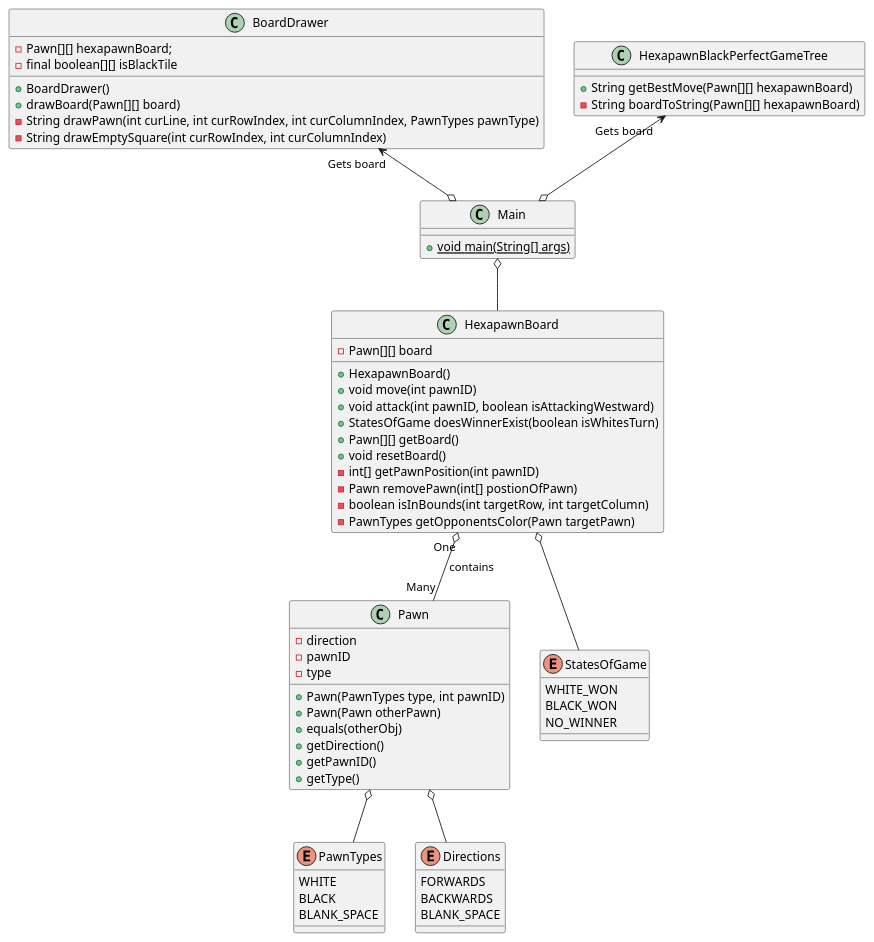
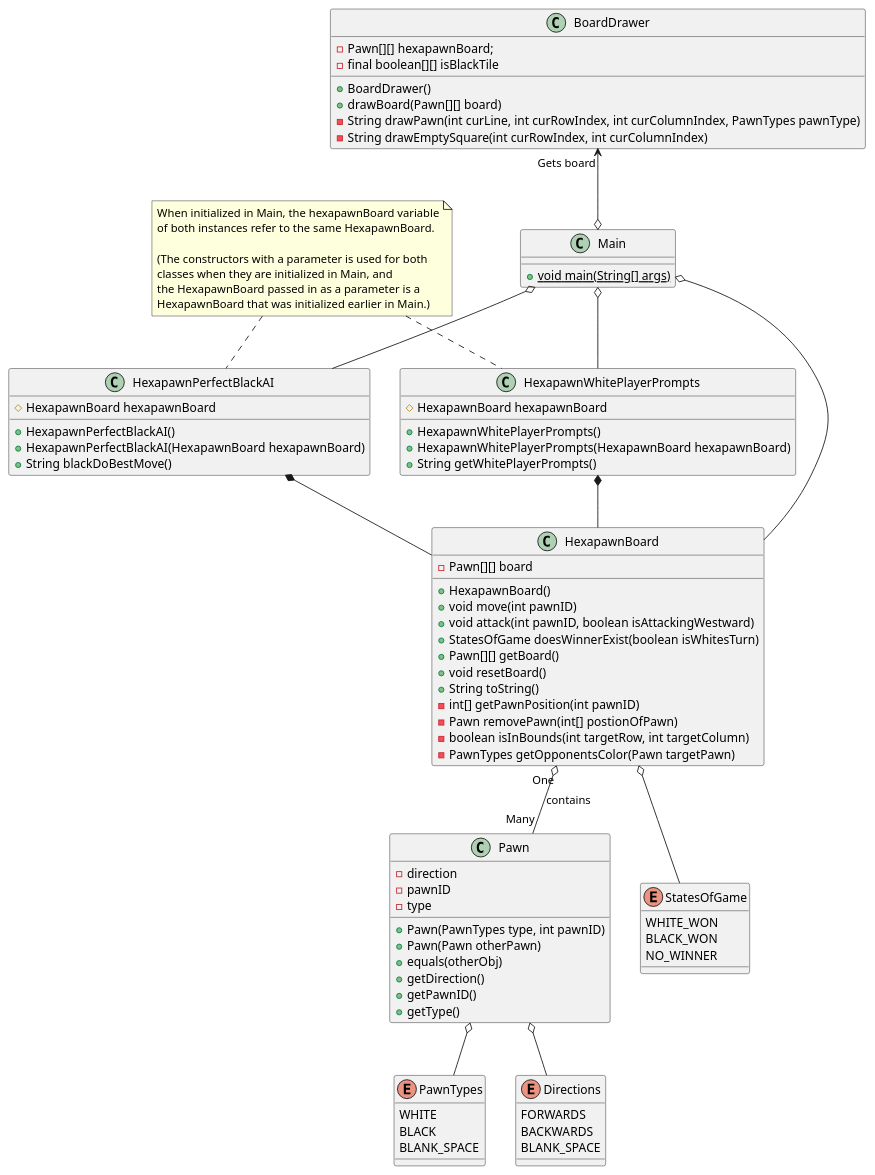
The diagram in src/HexapawnClassDiagram.puml (builderJP/hexapawn), drawn with PlantUML before and after one commit. The commit also changed 2 other files, not shown here.

Commit message:
Docs: HexapawnWhitePlayerPrompts & its test JavaDocs done, Class UML diagram updated

```diff
--- a/src/HexapawnClassDiagram.puml
+++ b/src/HexapawnClassDiagram.puml
@@ -1,75 +1,101 @@
 @startuml
 'https://plantuml.com/class-diagram
 
 
 class Pawn{
     - direction
     - {field} pawnID
     - type
     + Pawn(PawnTypes type, int pawnID)
     + Pawn(Pawn otherPawn)
     + equals(otherObj)
     + getDirection()
     + getPawnID()
     + getType()
 }
 
 class HexapawnBoard{
     - Pawn[][] board
     + HexapawnBoard()
     + void move(int pawnID)
     + void attack(int pawnID, boolean isAttackingWestward)
     + StatesOfGame doesWinnerExist(boolean isWhitesTurn)
     + Pawn[][] getBoard()
     + void resetBoard()
+    + String toString()
     - int[] getPawnPosition(int pawnID)
     - Pawn removePawn(int[] postionOfPawn)
     - boolean isInBounds(int targetRow, int targetColumn)
     - PawnTypes getOpponentsColor(Pawn targetPawn)
 }
 
 class BoardDrawer{
     - Pawn[][] hexapawnBoard;
     - final boolean[][] isBlackTile
     + BoardDrawer()
     + drawBoard(Pawn[][] board)
     - String drawPawn(int curLine, int curRowIndex, int curColumnIndex, PawnTypes pawnType)
     - String drawEmptySquare(int curRowIndex, int curColumnIndex)
 }
 
-class HexapawnBlackPerfectGameTree{
-    + String getBestMove(Pawn[][] hexapawnBoard)
-    - String boardToString(Pawn[][] hexapawnBoard)
+class HexapawnPerfectBlackAI{
+    # HexapawnBoard hexapawnBoard
+    + HexapawnPerfectBlackAI()
+    + HexapawnPerfectBlackAI(HexapawnBoard hexapawnBoard)
+    + String blackDoBestMove()
+}
+
+class HexapawnWhitePlayerPrompts{
+    # HexapawnBoard hexapawnBoard
+    + HexapawnWhitePlayerPrompts()
+    + HexapawnWhitePlayerPrompts(HexapawnBoard hexapawnBoard)
+    + String getWhitePlayerPrompts()
 }
 
 class Main{
     + void {static} main(String[] args)
 }
 
 enum PawnTypes{
     WHITE
     BLACK
     BLANK_SPACE
 }
 
 enum Directions{
     FORWARDS
     BACKWARDS
     BLANK_SPACE
 }
 
 enum StatesOfGame{
     WHITE_WON
     BLACK_WON
     NO_WINNER
 }
 
 Pawn o-- PawnTypes
 Pawn o-- Directions
 HexapawnBoard o-- StatesOfGame
 BoardDrawer "Gets board" <--o Main
-HexapawnBlackPerfectGameTree "Gets board" <--o Main
+HexapawnPerfectBlackAI *-- HexapawnBoard
+HexapawnWhitePlayerPrompts *-- HexapawnBoard
+Main o-- HexapawnWhitePlayerPrompts
+Main o-- HexapawnPerfectBlackAI
 Main o-- HexapawnBoard
 HexapawnBoard "One" o-- "Many" Pawn : contains
 
+note as getBoardFromMain
+    When initialized in Main, the hexapawnBoard variable
+    of both instances refer to the same HexapawnBoard.
+
+    (The constructors with a parameter is used for both
+    classes when they are initialized in Main, and
+    the HexapawnBoard passed in as a parameter is a
+    HexapawnBoard that was initialized earlier in Main.)
+end note
+
+getBoardFromMain . HexapawnPerfectBlackAI
+getBoardFromMain .. HexapawnWhitePlayerPrompts
+
 @enduml
```
